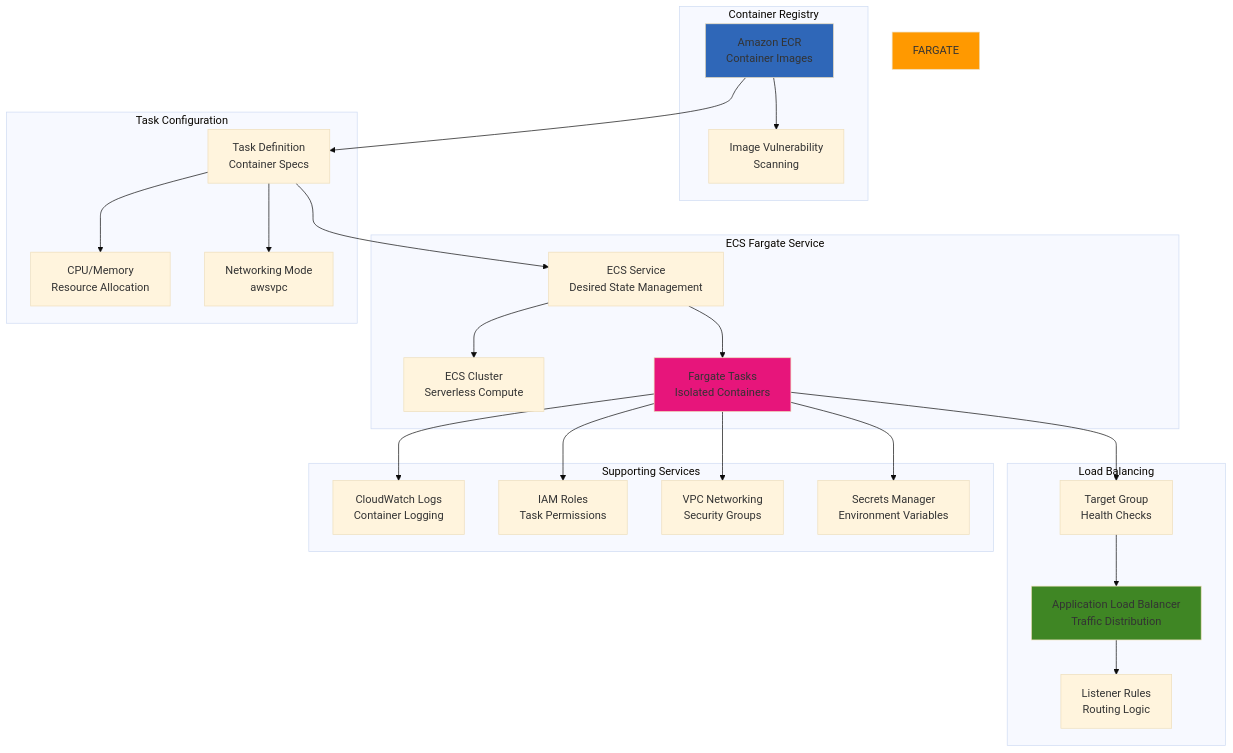
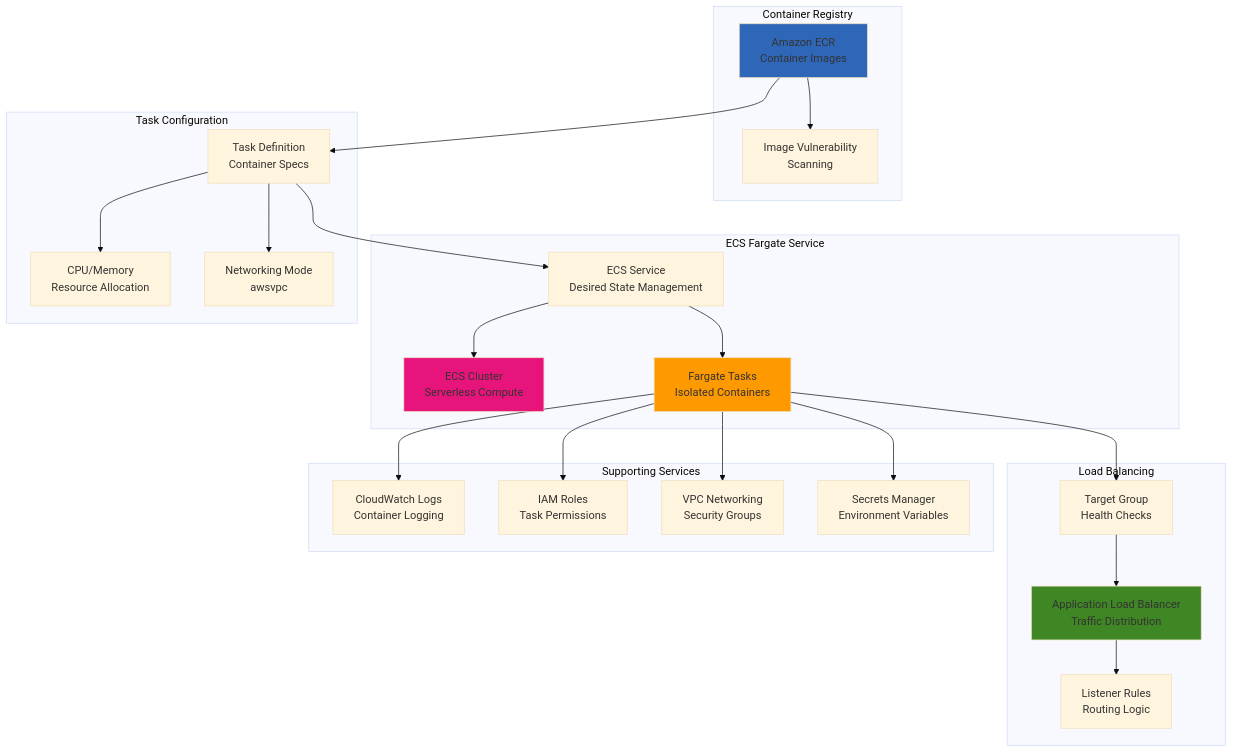
One commit to mzazon/awesome-cloud-projects changed the diagram in aws/deploying-fargate-containers-alb/deploying-fargate-containers-alb.md. Above: the diagram before and after it, drawn with Mermaid (base theme). The commit also changed other lines of this file and 5581 other files, not shown here.

````diff
--- a/aws/deploying-fargate-containers-alb/deploying-fargate-containers-alb.md
+++ b/aws/deploying-fargate-containers-alb/deploying-fargate-containers-alb.md
@@ -30,54 +30,54 @@
 ```mermaid
 graph TB
     subgraph "Container Registry"
         ECR[Amazon ECR<br/>Container Images]
         SCAN[Image Vulnerability<br/>Scanning]
     end
     
     subgraph "Load Balancing"
         ALB[Application Load Balancer<br/>Traffic Distribution]
         TG[Target Group<br/>Health Checks]
         LISTENER[Listener Rules<br/>Routing Logic]
     end
     
     subgraph "ECS Fargate Service"
         CLUSTER[ECS Cluster<br/>Serverless Compute]
         SERVICE[ECS Service<br/>Desired State Management]
         TASKS[Fargate Tasks<br/>Isolated Containers]
     end
     
     subgraph "Task Configuration"
         TASKDEF[Task Definition<br/>Container Specs]
         CPU[CPU/Memory<br/>Resource Allocation]
         NETWORK[Networking Mode<br/>awsvpc]
     end
     
     subgraph "Supporting Services"
         LOGS[CloudWatch Logs<br/>Container Logging]
         IAM[IAM Roles<br/>Task Permissions]
         VPC[VPC Networking<br/>Security Groups]
         SECRETS[Secrets Manager<br/>Environment Variables]
     end
     
     ECR --> SCAN
     ECR --> TASKDEF
     TASKDEF --> CPU
     TASKDEF --> NETWORK
     TASKDEF --> SERVICE
     
     SERVICE --> CLUSTER
     SERVICE --> TASKS
     TASKS --> TG
     TG --> ALB
     ALB --> LISTENER
     
     TASKS --> LOGS
     TASKS --> IAM
     TASKS --> VPC
     TASKS --> SECRETS
     
-    style FARGATE fill:#FF9900
+    style TASKS fill:#FF9900
     style ALB fill:#3F8624
     style ECR fill:#2F67B8
-    style TASKS fill:#E7157B
+    style CLUSTER fill:#E7157B
 ```
````
